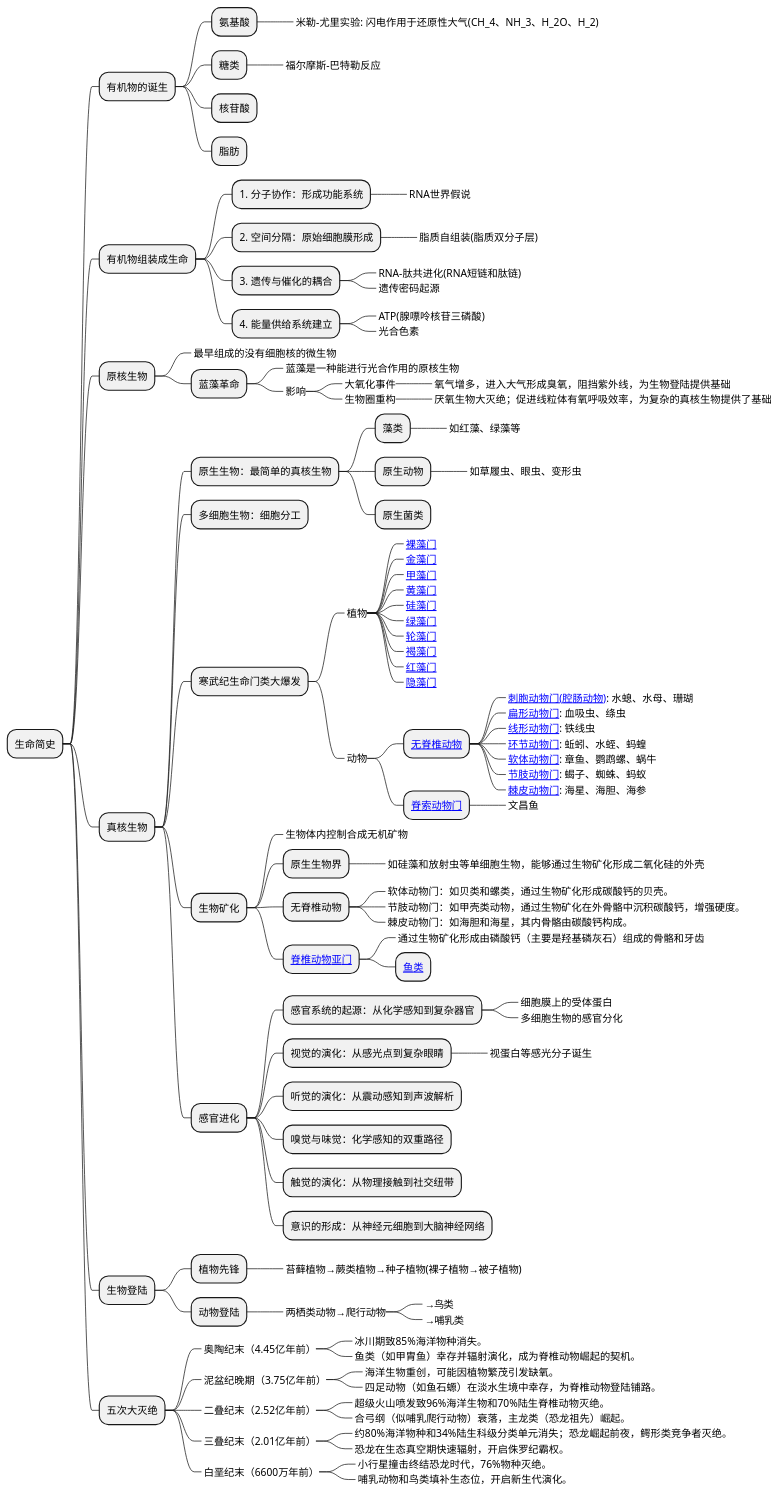
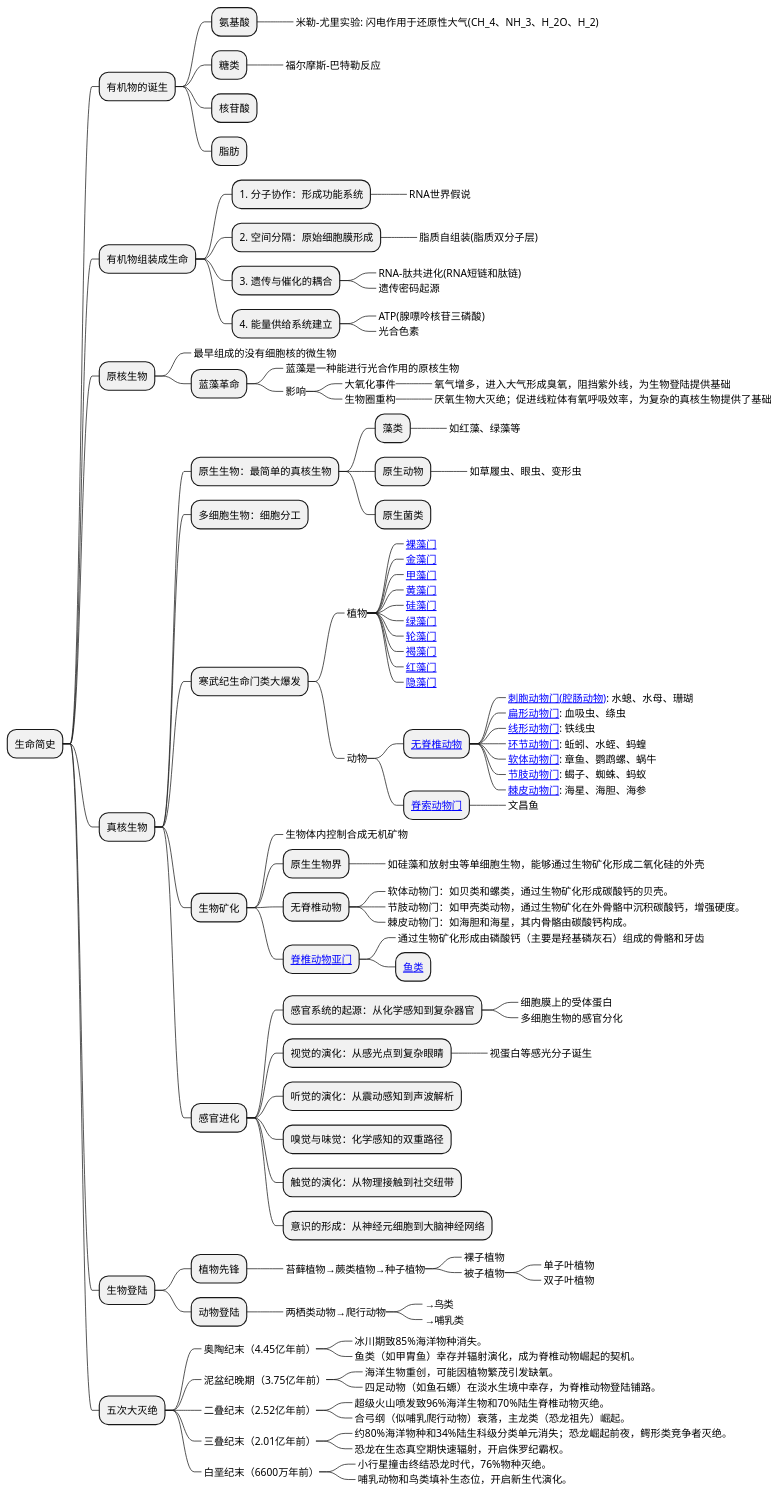
The diagram in source/_posts/history/life-history.md (holmofy/blog.hufeifei.cn), drawn with PlantUML before and after one commit.

```diff
--- a/source/_posts/history/life-history.md
+++ b/source/_posts/history/life-history.md
@@ -96,7 +96,11 @@
 ++++ 意识的形成：从神经元细胞到大脑神经网络
 ++ 生物登陆
 +++ 植物先锋
-++++_ 苔藓植物→蕨类植物→种子植物(裸子植物→被子植物)
+++++_ 苔藓植物→蕨类植物→种子植物
++++++_ 裸子植物
++++++_ 被子植物
+++++++_ 单子叶植物
+++++++_ 双子叶植物
 +++ 动物登陆
 ++++_ 两栖类动物→爬行动物
 +++++_ →鸟类
```
